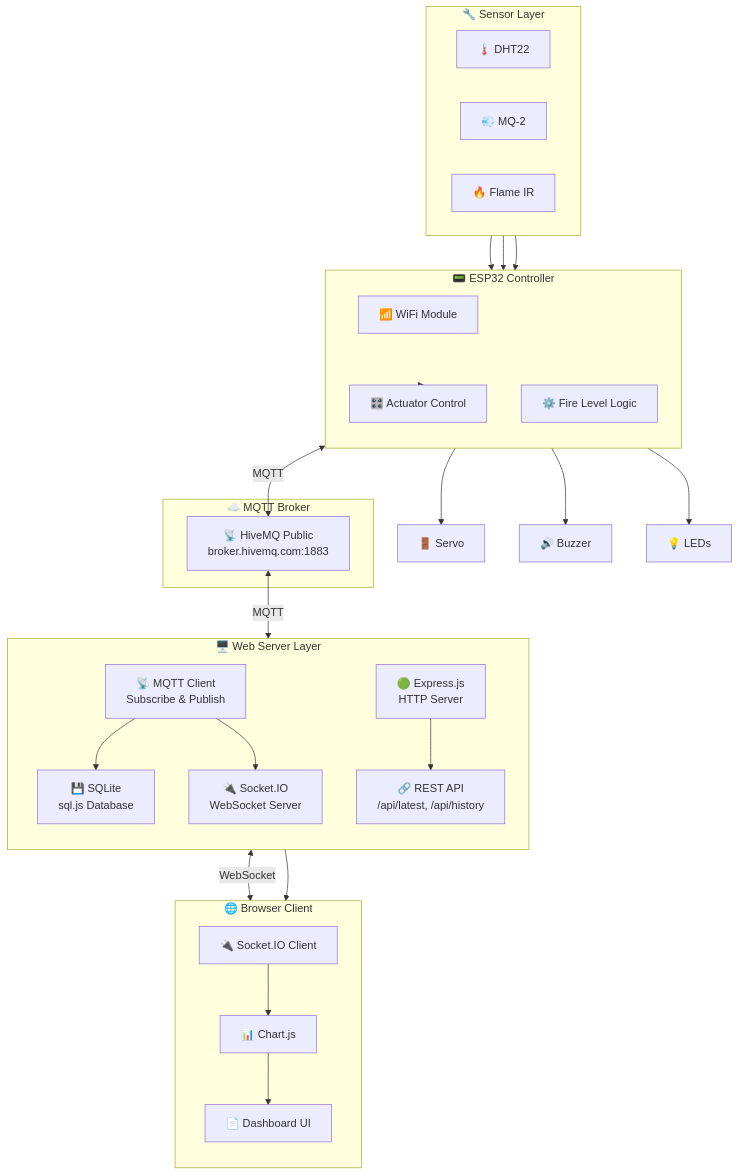
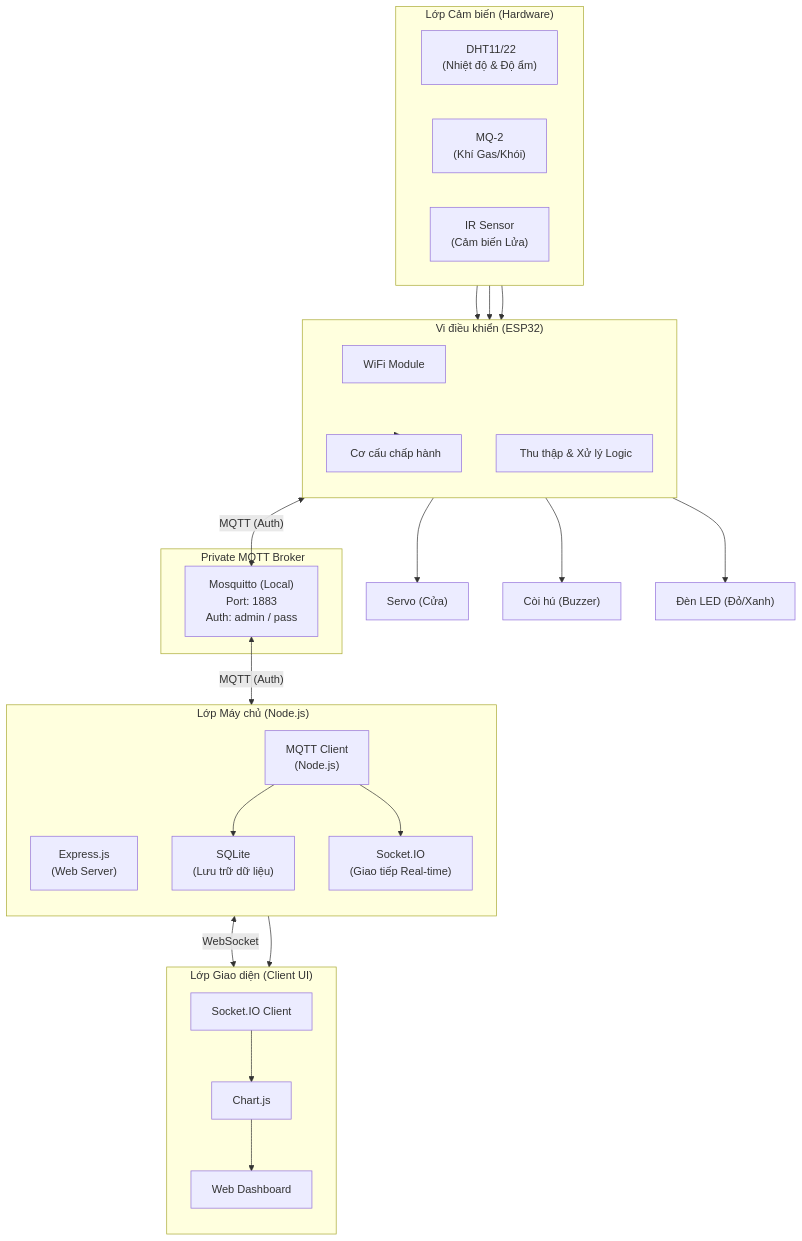
Before and after one commit to NhMinh-2610/ESP32-Fire-Alarm-System: the first of 2 diagrams in docs/ARCHITECTURE.md, drawn with Mermaid. The commit also changed other lines of this file and 6 other files, not shown here.

Commit message:
docs: Cập nhật tài liệu Kiến trúc phần mềm, Phần cứng và API

````diff
--- a/docs/ARCHITECTURE.md
+++ b/docs/ARCHITECTURE.md
@@ -7,53 +9,51 @@
 ```mermaid
 graph TB
-    subgraph SENSOR["🔧 Sensor Layer"]
-        direction LR
-        S1["🌡️ DHT22"]
-        S2["💨 MQ-2"]
-        S3["🔥 Flame IR"]
-    end
+ subgraph SENSOR[" Lớp Cảm biến (Hardware)"]
+ direction LR
+ S1["️ DHT11/22<br/>(Nhiệt độ & Độ ẩm)"]
+ S2[" MQ-2<br/>(Khí Gas/Khói)"]
+ S3[" IR Sensor<br/>(Cảm biến Lửa)"]
+ end
 
-    subgraph MCU["📟 ESP32 Controller"]
-        direction TB
-        WIFI["📶 WiFi Module"]
-        LOGIC["⚙️ Fire Level Logic"]
-        ACTUATOR["🎛️ Actuator Control"]
-    end
+ subgraph MCU[" Vi điều khiển (ESP32)"]
+ direction TB
+ WIFI[" WiFi Module"]
+ LOGIC["️ Thu thập & Xử lý Logic"]
+ ACTUATOR["️ Cơ cấu chấp hành"]
+ end
 
-    subgraph CLOUD["☁️ MQTT Broker"]
-        HMQ["📡 HiveMQ Public<br/>broker.hivemq.com:1883"]
-    end
+ subgraph CLOUD["️ Private MQTT Broker"]
+ HMQ[" Mosquitto (Local)<br/>Port: 1883<br/>Auth: admin / pass"]
+ end
 
-    subgraph SERVER["🖥️ Web Server Layer"]
-        direction TB
-        EXPRESS["🟢 Express.js<br/>HTTP Server"]
-        MQTTS["📡 MQTT Client<br/>Subscribe & Publish"]
-        SOCKETIO["🔌 Socket.IO<br/>WebSocket Server"]
-        SQLITE["💾 SQLite<br/>sql.js Database"]
-        API["🔗 REST API<br/>/api/latest, /api/history"]
-    end
+ subgraph SERVER["️ Lớp Máy chủ (Node.js)"]
+ direction TB
+ EXPRESS[" Express.js<br/>(Web Server)"]
+ MQTTS[" MQTT Client<br/>(Node.js)"]
+ SOCKETIO[" Socket.IO<br/>(Giao tiếp Real-time)"]
+ SQLITE[" SQLite<br/>(Lưu trữ dữ liệu)"]
+ end
 
-    subgraph CLIENT["🌐 Browser Client"]
-        direction TB
-        HTML["📄 Dashboard UI"]
-        CHART["📊 Chart.js"]
-        SOCK["🔌 Socket.IO Client"]
-    end
+ subgraph CLIENT[" Lớp Giao diện (Client UI)"]
+ direction TB
+ HTML[" Web Dashboard"]
+ CHART[" Chart.js"]
+ SOCK[" Socket.IO Client"]
+ end
 
-    S1 & S2 & S3 --> MCU
-    MCU --> ACTUATOR
-    ACTUATOR --> ACT1["🚪 Servo"]
-    ACTUATOR --> ACT2["🔊 Buzzer"]
-    ACTUATOR --> ACT3["💡 LEDs"]
+ S1 & S2 & S3 --> MCU
+ MCU --> ACTUATOR
+ ACTUATOR --> ACT1[" Servo (Cửa)"]
+ ACTUATOR --> ACT2[" Còi hú (Buzzer)"]
+ ACTUATOR --> ACT3[" Đèn LED (Đỏ/Xanh)"]
 
-    WIFI <-->|"MQTT"| HMQ
-    HMQ <-->|"MQTT"| MQTTS
+ WIFI <-->|"MQTT (Auth)"| HMQ
+ HMQ <-->|"MQTT (Auth)"| MQTTS
 
-    MQTTS --> SQLITE
-    MQTTS --> SOCKETIO
-    EXPRESS --> API
-    SOCKETIO <-->|"WebSocket"| SOCK
-    API --> HTML
-    SOCK --> CHART
-    CHART --> HTML
+ MQTTS --> SQLITE
+ MQTTS --> SOCKETIO
+ SOCKETIO <-->|"WebSocket"| SOCK
+ SOCK --> CHART
+ CHART --> HTML
+ EXPRESS --> HTML
 ```
````
